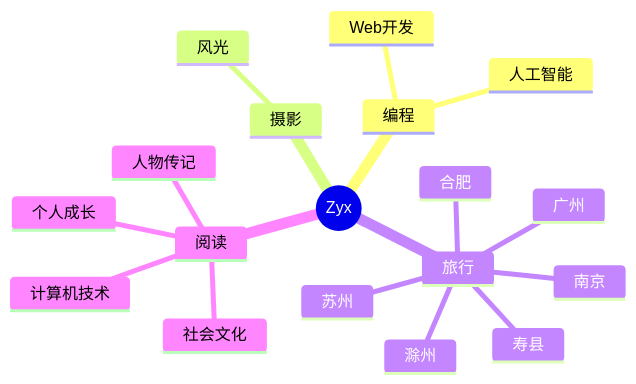
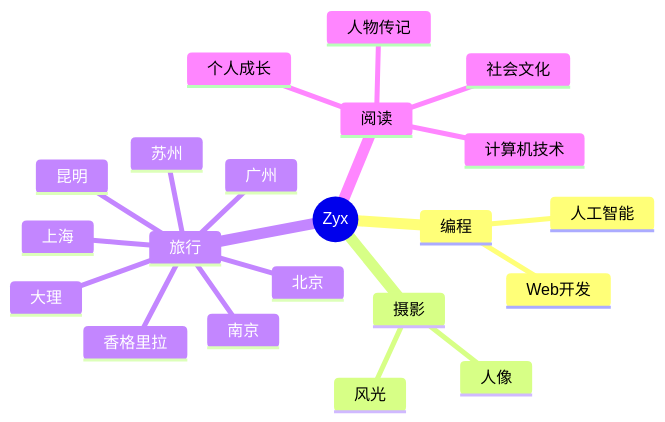
Before and after one commit to Doraizhang/Doraizhang: the diagram in README.md, drawn with Mermaid. The commit also changed other lines of this file, not shown here.

````diff
--- a/README.md
+++ b/README.md
@@ -160,21 +103,24 @@
 ```mermaid
 mindmap
   root((Zyx))
     编程
       Web开发
       人工智能
     摄影
       风光
+      人像
     旅行
       广州
       苏州
       南京
-      滁州
-      合肥
-      寿县
+      上海
+      北京
+      昆明
+      香格里拉
+      大理
     阅读
       人物传记
       个人成长
       社会文化
       计算机技术
 ```
````
